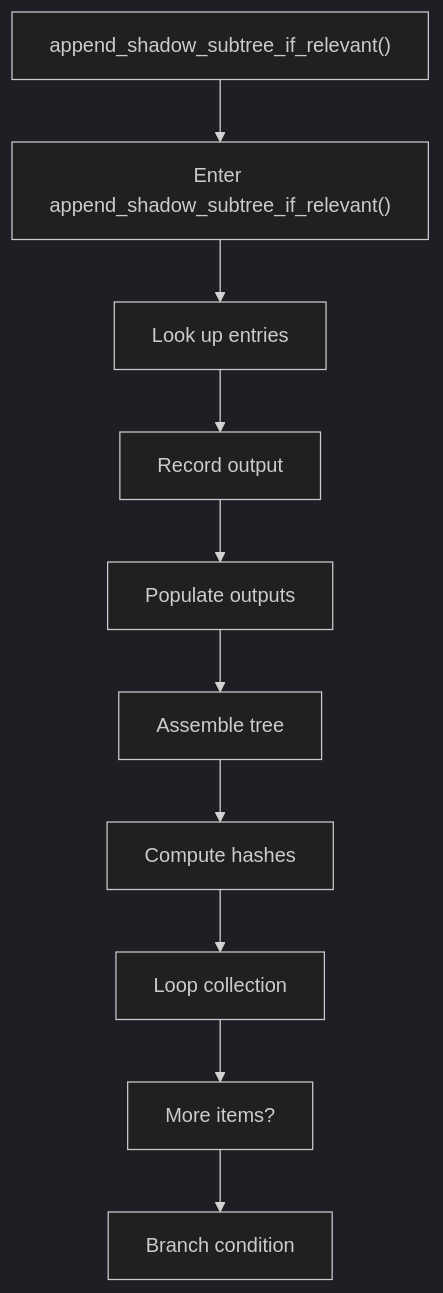
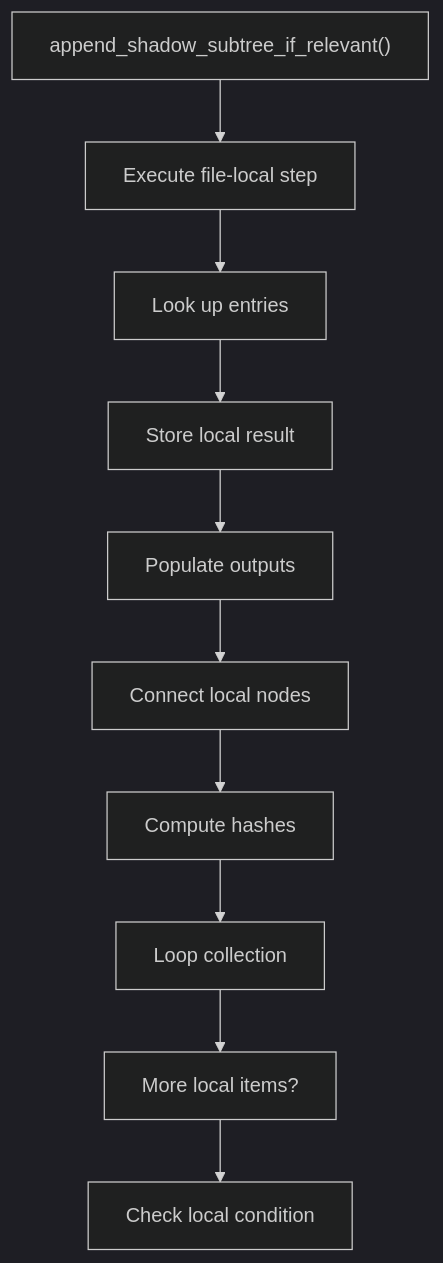
One commit to JohnAndrewBalbarosa/NeoTerritory changed the sixth of 7 diagrams in docs/Codebase/Microservice/Modules/Source/Trees/ClassGeneration/VirtualBroken/relevance.cpp.md. Above: the diagram before and after it, drawn with Mermaid (dark theme). The commit also changed other lines of this file and 925 other files, not shown here.

````diff
--- a/docs/Codebase/Microservice/Modules/Source/Trees/ClassGeneration/VirtualBroken/relevance.cpp.md
+++ b/docs/Codebase/Microservice/Modules/Source/Trees/ClassGeneration/VirtualBroken/relevance.cpp.md
@@ -191,22 +190,22 @@
 ```mermaid
 flowchart TD
     N0["append_shadow_subtree_if_relevant()"]
-    N1["Enter append_shadow_subtree_if_relevant()"]
+    N1["Execute file-local step"]
     N2["Look up entries"]
-    N3["Record output"]
+    N3["Store local result"]
     N4["Populate outputs"]
-    N5["Assemble tree"]
+    N5["Connect local nodes"]
     N6["Compute hashes"]
     N7["Loop collection"]
-    N8["More items?"]
-    N9["Branch condition"]
+    N8["More local items?"]
+    N9["Check local condition"]
     N0 --> N1
     N1 --> N2
     N2 --> N3
     N3 --> N4
     N4 --> N5
     N5 --> N6
     N6 --> N7
     N7 --> N8
     N8 --> N9
 ```
````
